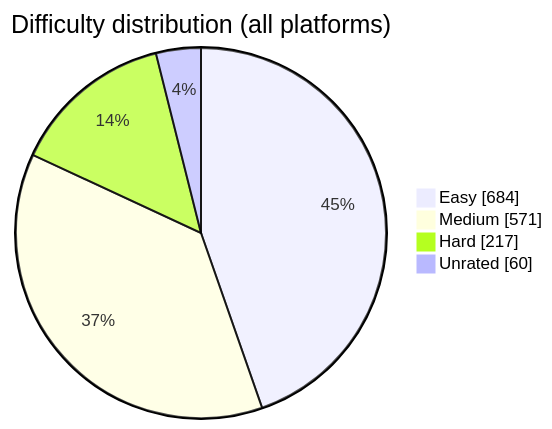
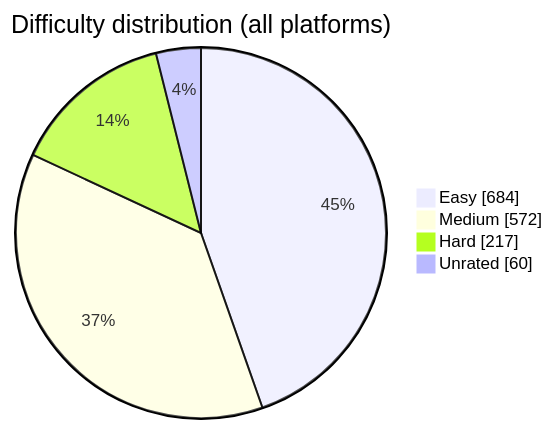
The diagram in README.md (BuildbyArindam/Daily-Coding-Log), drawn with Mermaid before and after one commit. The commit also changed other lines of this file, not shown here.

````diff
--- a/README.md
+++ b/README.md
@@ -93,7 +93,7 @@
 ```mermaid
 pie showData title Difficulty distribution (all platforms)
     "Easy" : 684
-    "Medium" : 571
+    "Medium" : 572
     "Hard" : 217
     "Unrated" : 60
 ```
````
